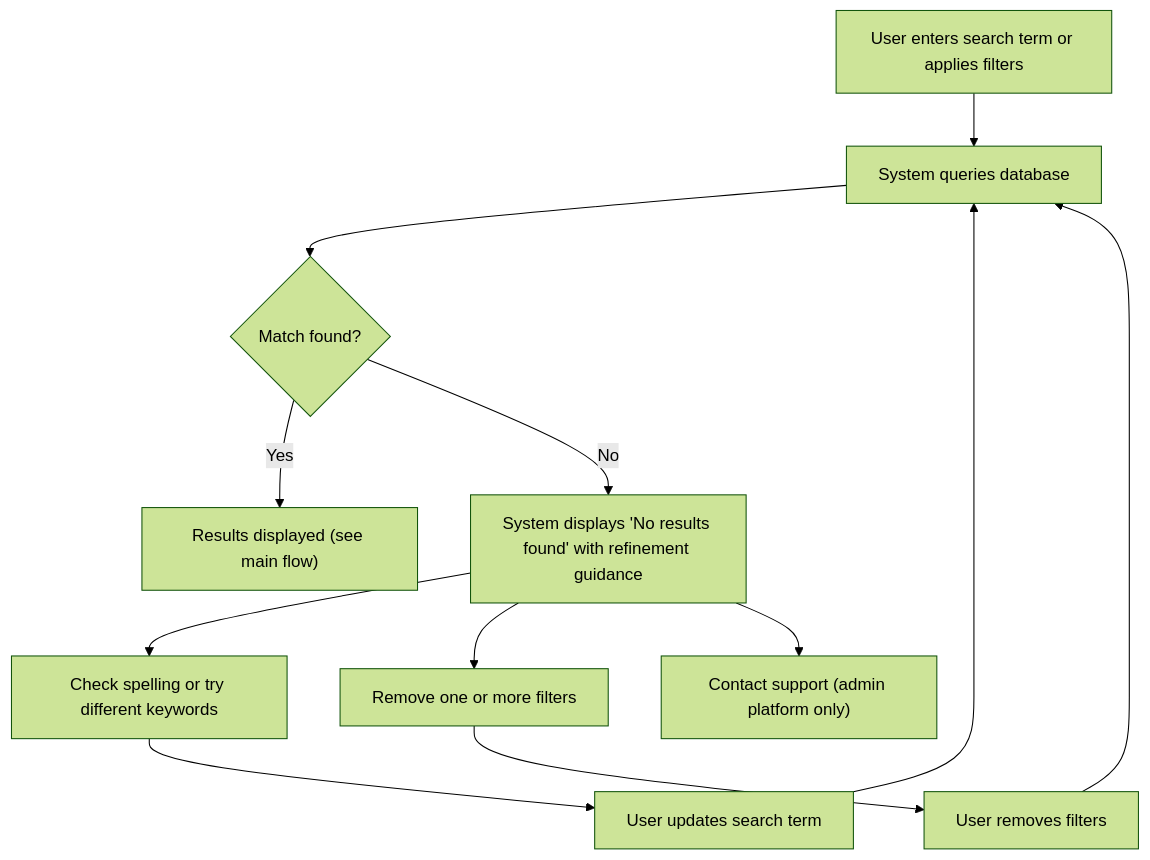
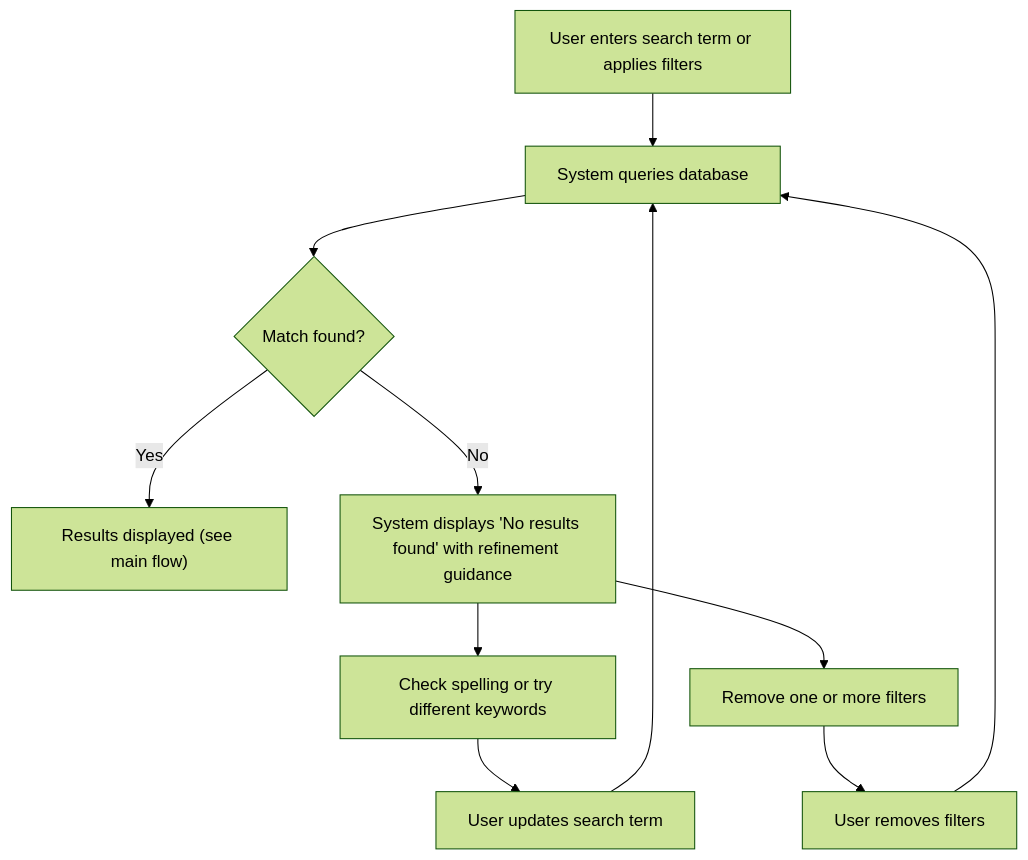
Before and after one commit to joachimtrungtuan/hairline-pm-docs: the seventh of 8 diagrams in project-requirements/functional-requirements/fr022-search-filtering/prd.md, drawn with Mermaid (forest theme). The commit also changed other lines of this file and 40 other files, not shown here.

````diff
--- a/project-requirements/functional-requirements/fr022-search-filtering/prd.md
+++ b/project-requirements/functional-requirements/fr022-search-filtering/prd.md
@@ -281,14 +281,13 @@
 ```mermaid
 flowchart TD
   ENTER["User enters search term or applies filters"] --> SEARCH["System queries database"]
   SEARCH --> FOUND{"Match found?"}
   FOUND -- "Yes" --> SUCCESS["Results displayed (see main flow)"]
   FOUND -- "No" --> EMPTY["System displays 'No results found' with refinement guidance"]
   EMPTY --> OPT1["Check spelling or try different keywords"]
   EMPTY --> OPT2["Remove one or more filters"]
-  EMPTY --> OPT3["Contact support (admin platform only)"]
   OPT1 --> UPDATE["User updates search term"]
   OPT2 --> CLEARFILT["User removes filters"]
   UPDATE --> SEARCH
   CLEARFILT --> SEARCH
 ```
````
